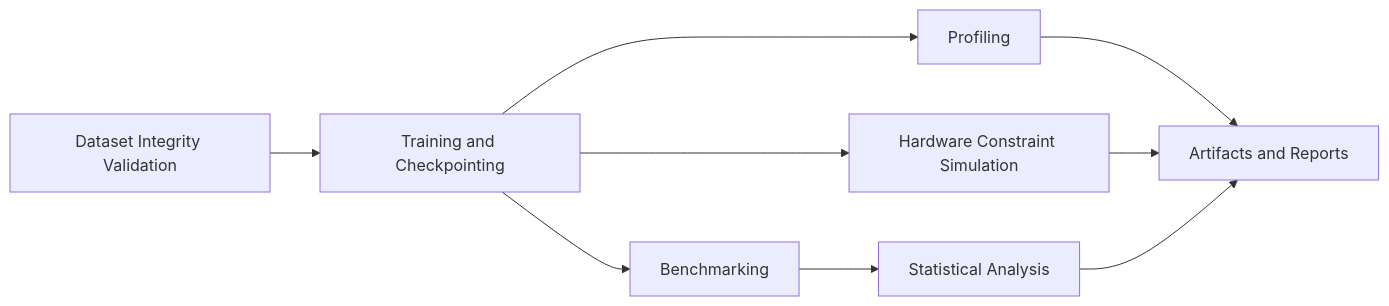
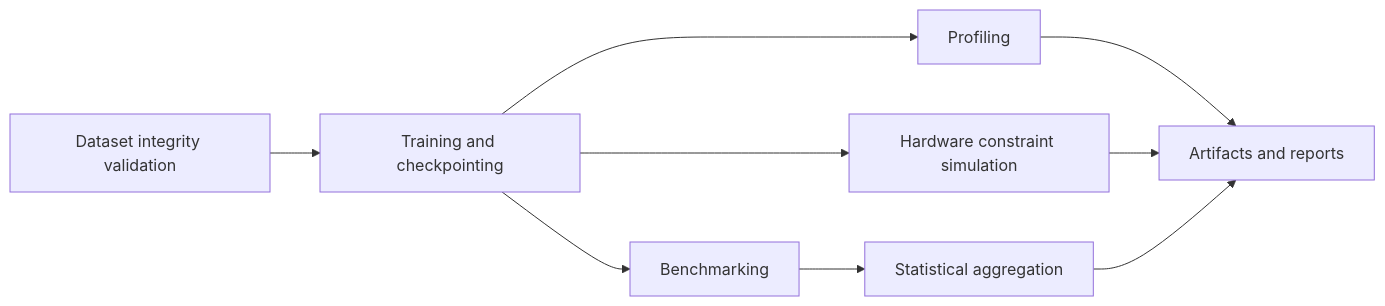
One commit to RaviTejaMedarametla/neural-network-from-scratch changed the diagram in README.md. Above: the diagram before and after it, drawn with Mermaid. The commit also changed other lines of this file and 18 other files, not shown here.

Commit message:
docs: add hardware analysis workflow and reporting tables

````diff
--- a/README.md
+++ b/README.md
@@ -16,11 +17,11 @@
 ```mermaid
 flowchart LR
-  A[Dataset Integrity Validation] --> B[Training and Checkpointing]
+  A[Dataset integrity validation] --> B[Training and checkpointing]
   B --> C[Benchmarking]
   B --> D[Profiling]
-  B --> E[Hardware Constraint Simulation]
-  C --> F[Statistical Analysis]
-  D --> G[Artifacts and Reports]
+  B --> E[Hardware constraint simulation]
+  C --> F[Statistical aggregation]
+  D --> G[Artifacts and reports]
   E --> G
   F --> G
 ```
````
